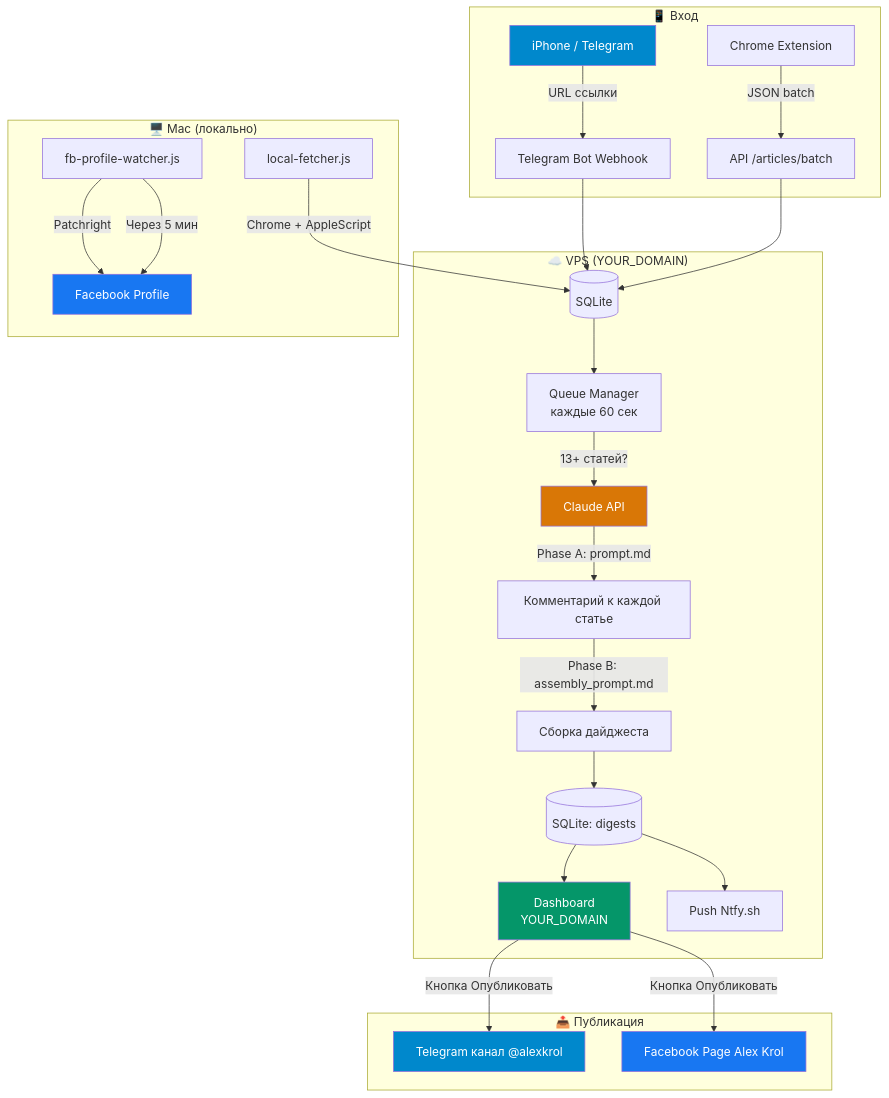
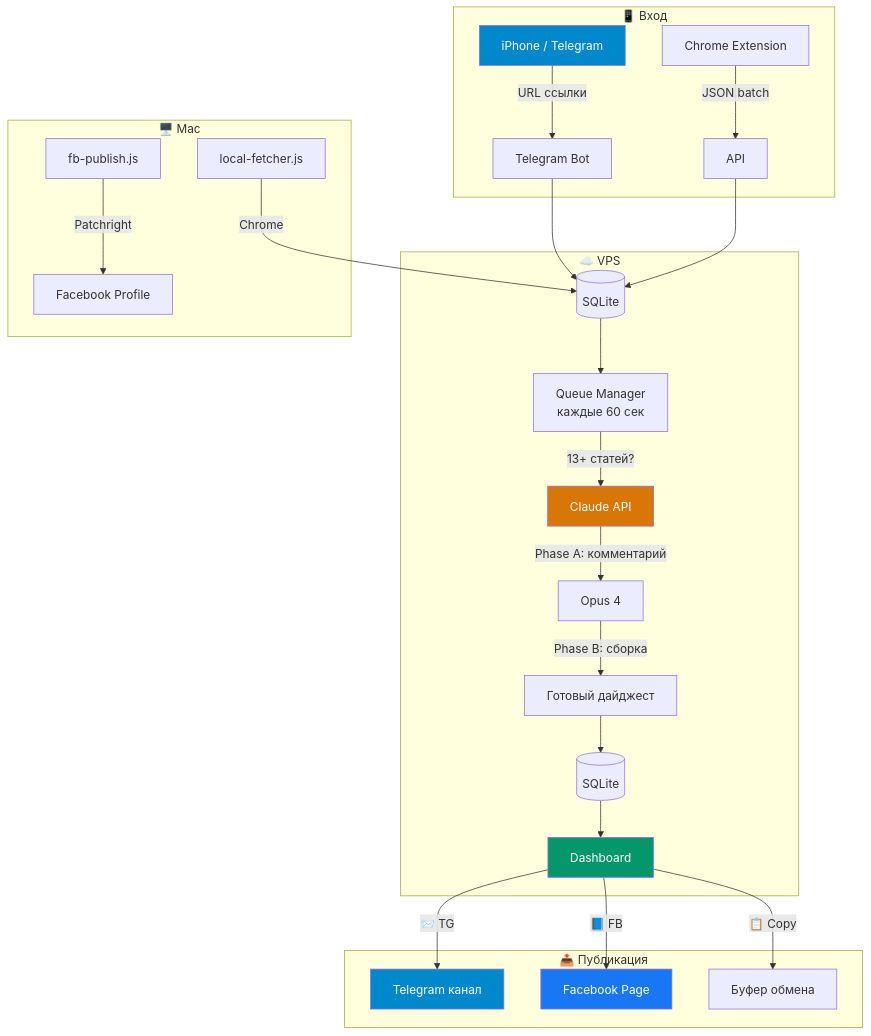
Before and after one commit to AI-agents-incubator/news: the first of 4 diagrams in README.md, drawn with Mermaid. The commit also changed other lines of this file, not shown here.

First line of the commit message:
Redesign README with badges, Mermaid diagrams, and fork instructions

````diff
--- a/README.md
+++ b/README.md
@@ -15,38 +31,36 @@
 ```mermaid
 graph TB
     subgraph "📱 Вход"
-        A[iPhone / Telegram] -->|URL ссылки| B[Telegram Bot Webhook]
-        A2[Chrome Extension] -->|JSON batch| C[API /articles/batch]
+        A[iPhone / Telegram] -->|URL ссылки| B[Telegram Bot]
+        A2[Chrome Extension] -->|JSON batch| C[API]
     end
 
-    subgraph "☁️ VPS (YOUR_DOMAIN)"
+    subgraph "☁️ VPS"
         B --> D[(SQLite)]
         C --> D
         E[Queue Manager<br/>каждые 60 сек] -->|13+ статей?| F[Claude API]
         D --> E
 
-        F -->|Phase A: prompt.md| G[Комментарий к каждой статье]
-        G -->|Phase B: assembly_prompt.md| H[Сборка дайджеста]
-        H --> I[(SQLite: digests)]
-        I --> J[Dashboard<br/>YOUR_DOMAIN]
-        I --> K[Push Ntfy.sh]
-    end
-
-    subgraph "🖥️ Mac (локально)"
-        L[local-fetcher.js] -->|Chrome + AppleScript| D
-        M[fb-profile-watcher.js] -->|Patchright| N[Facebook Profile]
+        F -->|Phase A: комментарий| G[Opus 4]
+        G -->|Phase B: сборка| H[Готовый дайджест]
+        H --> I[(SQLite)]
+        I --> J[Dashboard]
     end
 
     subgraph "📤 Публикация"
-        J -->|Кнопка Опубликовать| O[Telegram канал @alexkrol]
-        J -->|Кнопка Опубликовать| P[Facebook Page Alex Krol]
-        M -->|Через 5 мин| N
+        J -->|📨 TG| O[Telegram канал]
+        J -->|📘 FB| P[Facebook Page]
+        J -->|📋 Copy| Q[Буфер обмена]
+    end
+
+    subgraph "🖥️ Mac"
+        L[local-fetcher.js] -->|Chrome| D
+        M[fb-publish.js] -->|Patchright| N[Facebook Profile]
     end
 
     style A fill:#0088cc,color:#fff
     style F fill:#d97706,color:#fff
     style J fill:#059669,color:#fff
-    style N fill:#1877f2,color:#fff
     style O fill:#0088cc,color:#fff
     style P fill:#1877f2,color:#fff
 ```
````
